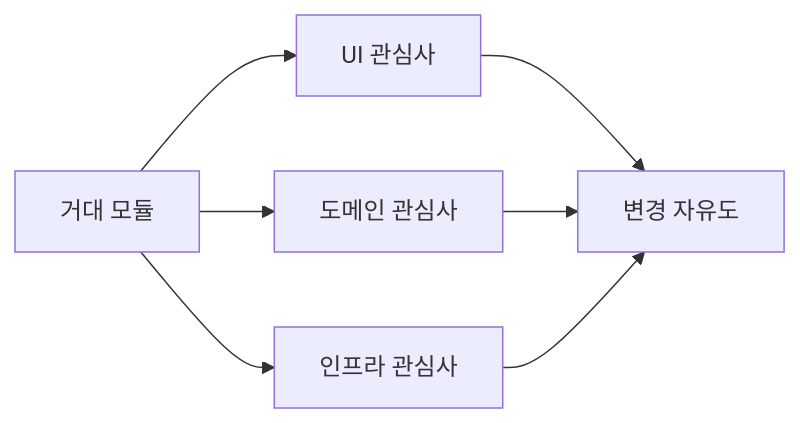
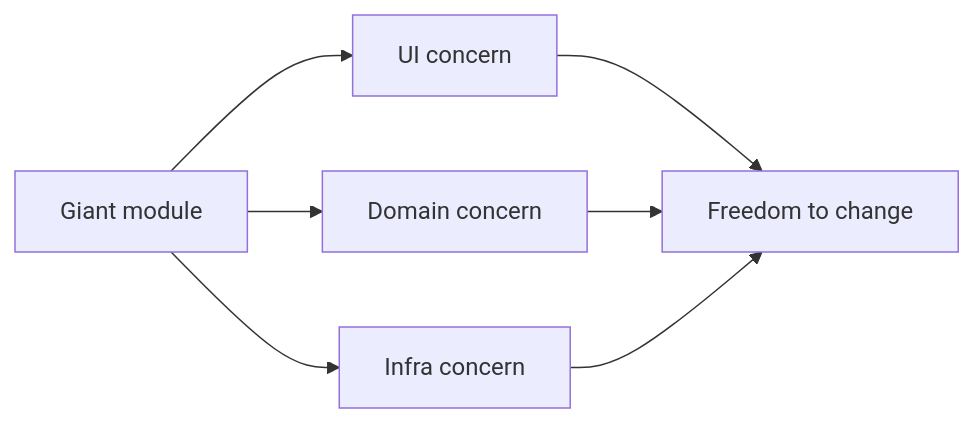
The diagram in content/software-design-101/ko/02-separation-of-concerns.md (yeongseon-books/book-content), drawn with Mermaid before and after one commit. The commit also changed other lines of this file and 9 other files, not shown here.

````diff
--- a/content/software-design-101/ko/02-separation-of-concerns.md
+++ b/content/software-design-101/ko/02-separation-of-concerns.md
@@ -36,7 +50,7 @@
 ```mermaid
 flowchart LR
-    M["거대 모듈"] --> A["UI 관심사"]
-    M --> B["도메인 관심사"]
-    M --> C["인프라 관심사"]
-    A & B & C --> R["변경 자유도"]
+    M["Giant module"] --> A["UI concern"]
+    M --> B["Domain concern"]
+    M --> C["Infra concern"]
+    A & B & C --> R["Freedom to change"]
 ```
````
